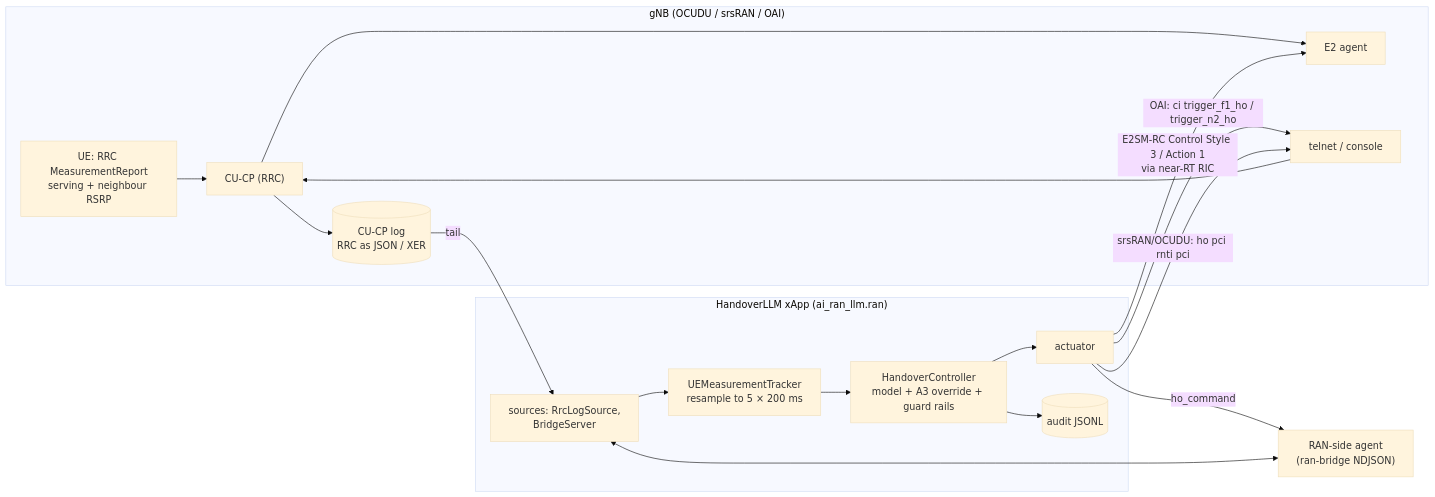
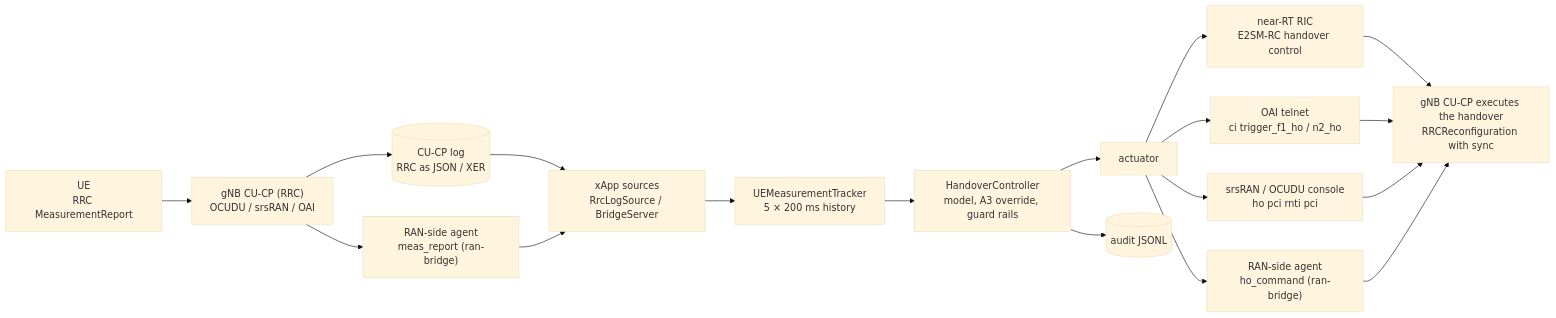
Before and after one commit to unoaman/AI-RAN-LLM: the first of 2 diagrams in docs/RAN_INTEGRATION.md, drawn with Mermaid (base theme).

Commit message:
RAN_INTEGRATION.md: redraw architecture diagram without overlapping labels

````diff
--- a/docs/RAN_INTEGRATION.md
+++ b/docs/RAN_INTEGRATION.md
@@ -28,21 +28,20 @@
 ```mermaid
 flowchart LR
-    subgraph RAN["gNB (OCUDU / srsRAN / OAI)"]
-        UE["UE: RRC MeasurementReport<br/>serving + neighbour RSRP"] --> CUCP["CU-CP (RRC)"]
-        CUCP --> LOG[("CU-CP log<br/>RRC as JSON / XER")]
-        CUCP --> E2A["E2 agent"]
-        TEL["telnet / console"] --> CUCP
-    end
-    subgraph XAPP["HandoverLLM xApp (ai_ran_llm.ran)"]
-        SRC["sources: RrcLogSource,<br/>BridgeServer"] --> TRK["UEMeasurementTracker<br/>resample to 5 × 200 ms"]
-        TRK --> CTL["HandoverController<br/>model + A3 override + guard rails"]
-        CTL --> ACT["actuator"]
-        CTL --> AUD[("audit JSONL")]
-    end
-    LOG -- "tail" --> SRC
-    AGENT["RAN-side agent<br/>(ran-bridge NDJSON)"] <--> SRC
-    ACT -- "E2SM-RC Control Style 3 / Action 1<br/>via near-RT RIC" --> E2A
-    ACT -- "OAI: ci trigger_f1_ho / trigger_n2_ho" --> TEL
-    ACT -- "srsRAN/OCUDU: ho pci rnti pci" --> TEL
-    ACT -- "ho_command" --> AGENT
+    UE["UE<br/>RRC MeasurementReport"] --> CUCP["gNB CU-CP (RRC)<br/>OCUDU / srsRAN / OAI"]
+    CUCP --> LOG[("CU-CP log<br/>RRC as JSON / XER")]
+    CUCP --> AGI["RAN-side agent<br/>meas_report (ran-bridge)"]
+    LOG --> SRC["xApp sources<br/>RrcLogSource / BridgeServer"]
+    AGI --> SRC
+    SRC --> TRK["UEMeasurementTracker<br/>5 × 200 ms history"]
+    TRK --> CTL["HandoverController<br/>model, A3 override, guard rails"]
+    CTL --> ACT["actuator"]
+    CTL --> AUD[("audit JSONL")]
+    ACT --> RIC["near-RT RIC<br/>E2SM-RC handover control"]
+    ACT --> TEL["OAI telnet<br/>ci trigger_f1_ho / n2_ho"]
+    ACT --> CON["srsRAN / OCUDU console<br/>ho pci rnti pci"]
+    ACT --> AGO["RAN-side agent<br/>ho_command (ran-bridge)"]
+    RIC --> EXE["gNB CU-CP executes the handover<br/>RRCReconfiguration with sync"]
+    TEL --> EXE
+    CON --> EXE
+    AGO --> EXE
 ```
````
